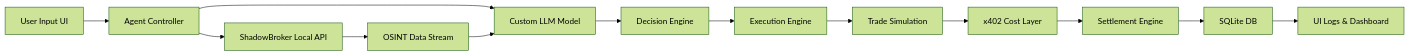
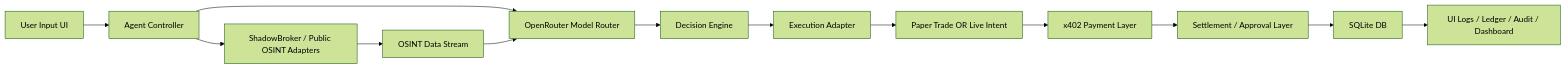
Before and after one commit to 855princekumar/elseflow: the first of 3 diagrams in README.md, drawn with Mermaid (forest theme). The commit also changed other lines of this file and 45 other files, not shown here.

````diff
--- a/README.md
+++ b/README.md
@@ -247,22 +304,22 @@
 ```mermaid
 flowchart LR
 
-A[User Input UI] --> B[Agent Controller]
+A["User Input UI"] --> B["Agent Controller"]
 
-B --> C[Custom LLM Model]
-C --> D[Decision Engine]
+B --> C["OpenRouter Model Router"]
+C --> D["Decision Engine"]
 
-B --> E[ShadowBroker Local API]
-E --> F[OSINT Data Stream]
+B --> E["ShadowBroker / Public OSINT Adapters"]
+E --> F["OSINT Data Stream"]
 
 F --> C
 
-D --> G[Execution Engine]
-G --> H[Trade Simulation]
+D --> G["Execution Adapter"]
+G --> H["Paper Trade OR Live Intent"]
 
-H --> I[x402 Cost Layer]
-I --> J[Settlement Engine]
+H --> I["x402 Payment Layer"]
+I --> J["Settlement / Approval Layer"]
 
-J --> K[SQLite DB]
-K --> L[UI Logs & Dashboard]
+J --> K["SQLite DB"]
+K --> L["UI Logs / Ledger / Audit / Dashboard"]
 ```
````
